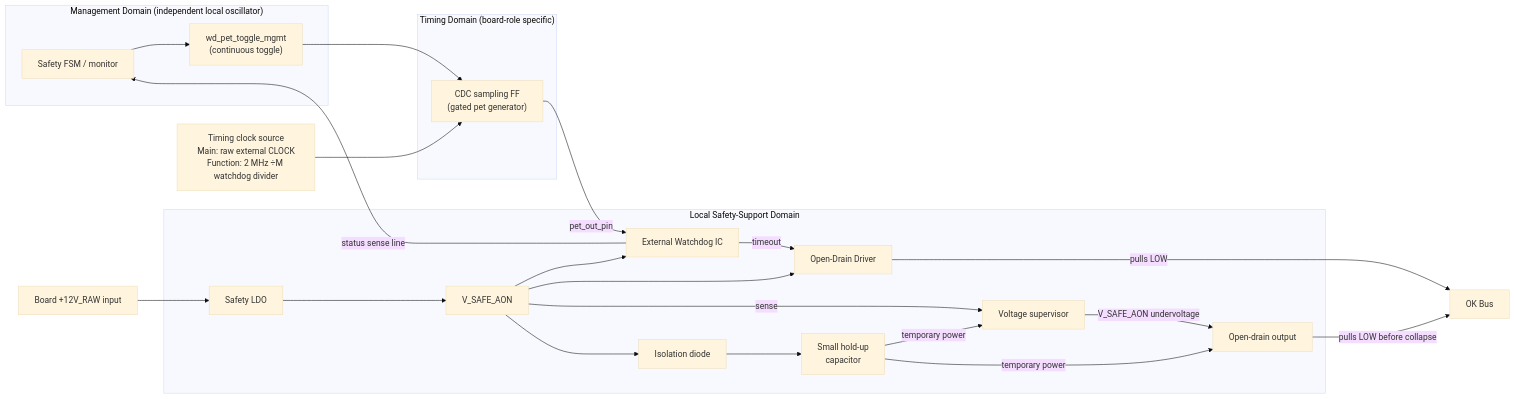
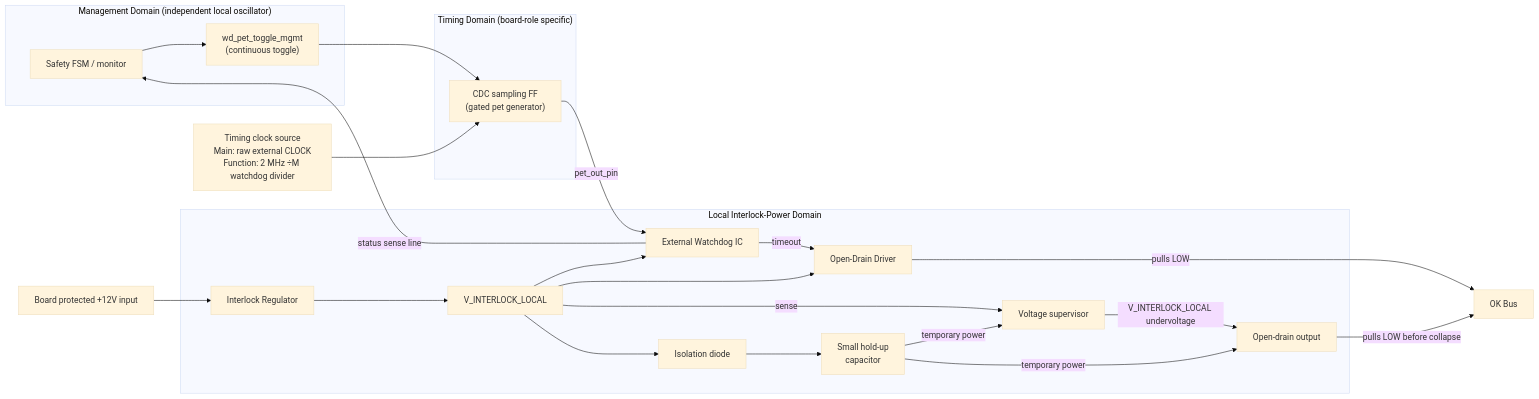
Before and after one commit to bcancinov/mdc-architecture: the first of 2 diagrams in decisions/reference/ADR-001_fault_detection_reference.md, drawn with Mermaid (base theme). The commit also changed other lines of this file and 11 other files, not shown here.

Commit message:
simplify architecture specifications

````diff
--- a/decisions/reference/ADR-001_fault_detection_reference.md
+++ b/decisions/reference/ADR-001_fault_detection_reference.md
@@ -14,39 +16,39 @@
 ```mermaid
 graph LR
     subgraph mgmt_domain ["Management Domain (independent local oscillator)"]
         FSM["Safety FSM / monitor"]
         TOG["wd_pet_toggle_mgmt\n(continuous toggle)"]
         FSM --> TOG
     end
 
     subgraph timing_domain ["Timing Domain (board-role specific)"]
         SAMP["CDC sampling FF\n(gated pet generator)"]
     end
 
-    subgraph wd_domain ["Local Safety-Support Domain"]
-        LDO["Safety LDO"]
-        VSAFE["V_SAFE_AON"]
+    subgraph wd_domain ["Local Interlock-Power Domain"]
+        LDO["Interlock Regulator"]
+        VSAFE["V_INTERLOCK_LOCAL"]
         WD["External Watchdog IC"]
         OD["Open-Drain Driver"]
         DIODE["Isolation diode"]
         HOLD["Small hold-up\ncapacitor"]
         SUP["Voltage supervisor"]
         SUPOD["Open-drain output"]
     end
 
     TIMING_CLK["Timing clock source\nMain: raw external CLOCK\nFunction: 2 MHz ÷M watchdog divider"] --> SAMP
     TOG --> SAMP
     SAMP -- "pet_out_pin" --> WD
     WD -- "timeout" --> OD
     WD -- "status sense line" --> FSM
     OD -- "pulls LOW" --> OK["OK Bus"]
-    RAW["Board +12V_RAW input"] --> LDO --> VSAFE
+    RAW["Board protected +12V input"] --> LDO --> VSAFE
     VSAFE --> WD
     VSAFE --> OD
     VSAFE -- "sense" --> SUP
     VSAFE --> DIODE --> HOLD
     HOLD -- "temporary power" --> SUP
     HOLD -- "temporary power" --> SUPOD
-    SUP -- "V_SAFE_AON undervoltage" --> SUPOD
+    SUP -- "V_INTERLOCK_LOCAL undervoltage" --> SUPOD
     SUPOD -- "pulls LOW before collapse" --> OK
 ```
````
